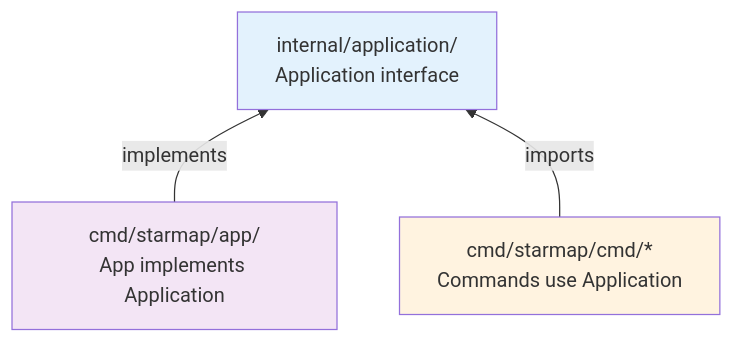
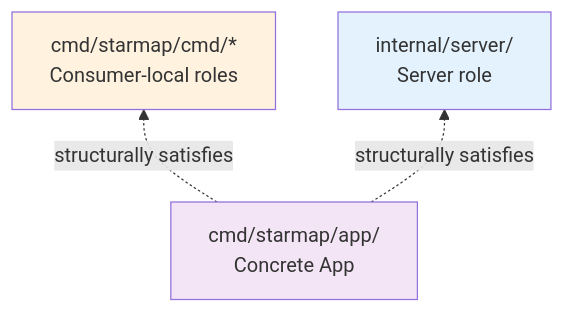
Before and after one commit to agentstation/starmap: the second of 8 diagrams in docs/ARCHITECTURE.md, drawn with Mermaid. The commit also changed other lines of this file and 274 other files, not shown here.

````diff
--- a/docs/ARCHITECTURE.md
+++ b/docs/ARCHITECTURE.md
@@ -243,13 +241,13 @@
 ```mermaid
 flowchart BT
-    APP[cmd/starmap/app/<br/>App implements Application]
-    CMD[cmd/starmap/cmd/*<br/>Commands use Application]
-    INT[internal/application/<br/>Application interface]
+    APP[cmd/starmap/app/<br/>Concrete App]
+    CMD[cmd/starmap/cmd/*<br/>Consumer-local roles]
+    SERVER[internal/server/<br/>Server role]
 
-    APP -->|implements| INT
-    CMD -->|imports| INT
+    APP -.structurally satisfies.-> CMD
+    APP -.structurally satisfies.-> SERVER
 
-    style INT fill:#e3f2fd
     style CMD fill:#fff3e0
+    style SERVER fill:#e3f2fd
     style APP fill:#f3e5f5
 ```
````
